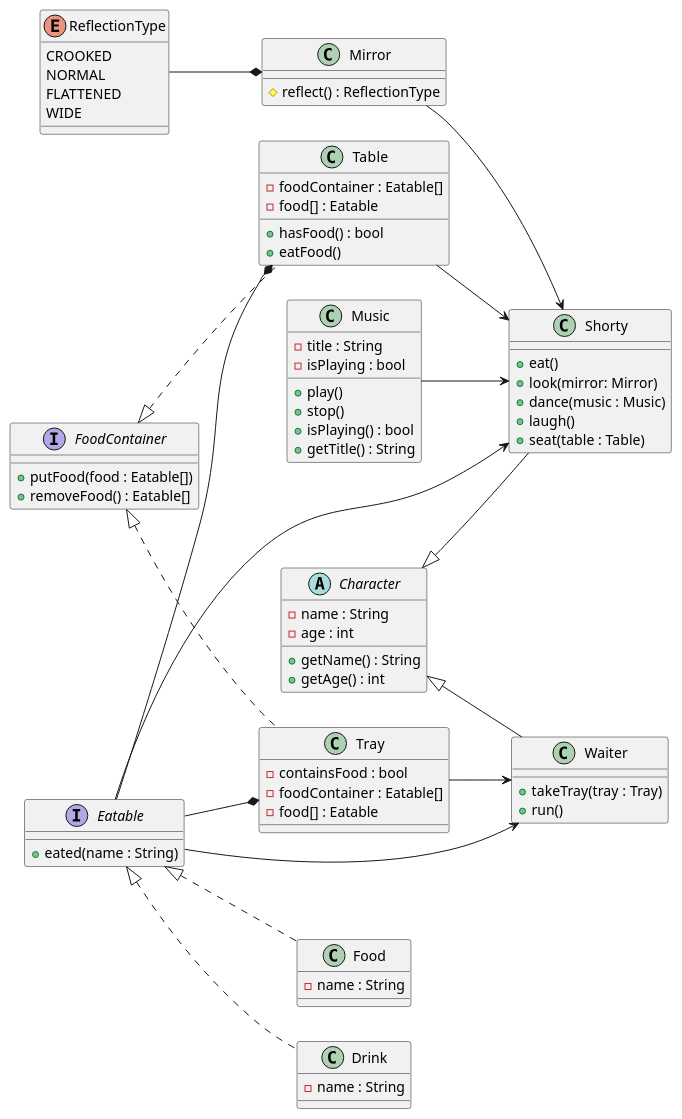
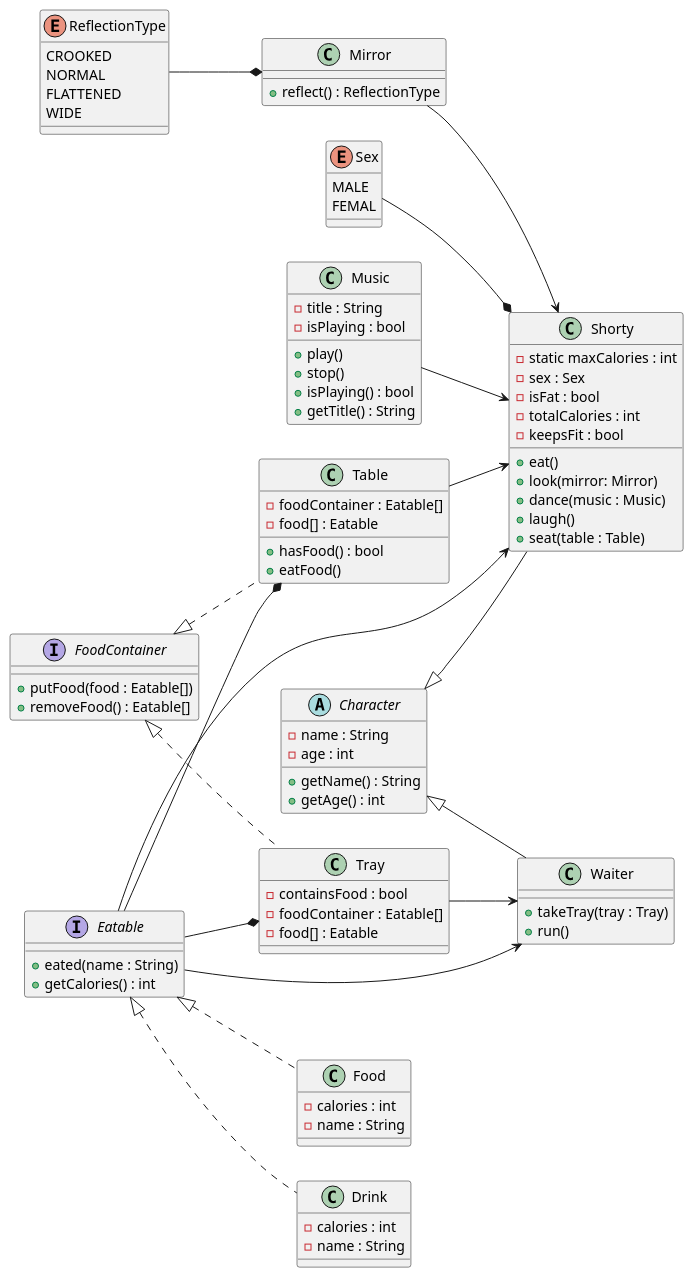
The diagram in doc/struct.puml (lolkek22854/lab2), drawn with PlantUML before and after one commit. The commit also changed 1 other file, not shown here.

```diff
--- a/doc/struct.puml
+++ b/doc/struct.puml
@@ -1,79 +1,92 @@
 @startuml
 'https://plantuml.com/sequence-diagram
 
 left to right direction
 
 'package utils {
     interface FoodContainer{
         + putFood(food : Eatable[])
         + removeFood() : Eatable[]
     }
     abstract class Character {
         - name : String
         - age : int
         + getName() : String
         + getAge() : int
     }
     interface Eatable{
         + eated(name : String)
+        + getCalories() : int
     }
     enum ReflectionType{
         CROOKED
         NORMAL
         FLATTENED
         WIDE
     }
+    enum Sex{
+            MALE
+            FEMAL
+        }
 '}
 
 'package core{
     class Table implements FoodContainer{
         - foodContainer : Eatable[]
         - food[] : Eatable
         + hasFood() : bool
         + eatFood()
     }
     class Tray implements FoodContainer{
         - containsFood : bool
         - foodContainer : Eatable[]
         - food[] : Eatable
     }
     class Music {
      - title : String
      - isPlaying : bool
      + play()
      + stop()
      + isPlaying() : bool
      + getTitle() : String
     }
     class Food implements Eatable{
+    - calories : int
         - name : String
     }
     class Drink implements Eatable {
+        - calories : int
         - name : String
     }
     class Mirror{
-    # reflect() : ReflectionType
+    + reflect() : ReflectionType
     }
     class Shorty extends Character{
+            - static maxCalories : int
+            - sex : Sex
+            - isFat : bool
+            - totalCalories : int
+            - keepsFit : bool
             + eat()
             + look(mirror: Mirror)
             + dance(music : Music)
             + laugh()
             + seat(table : Table)
         }
     class Waiter extends Character{
         + takeTray(tray : Tray)
         + run()
     }
     ReflectionType --* Mirror
     Music --> Shorty
     Eatable --> Waiter
     Eatable --> Shorty
     Eatable --* Tray
     Eatable --* Table
     Mirror --> Shorty
     Table --> Shorty
     Tray --> Waiter
+    Sex --* Shorty
 
 '}
 @enduml
```
